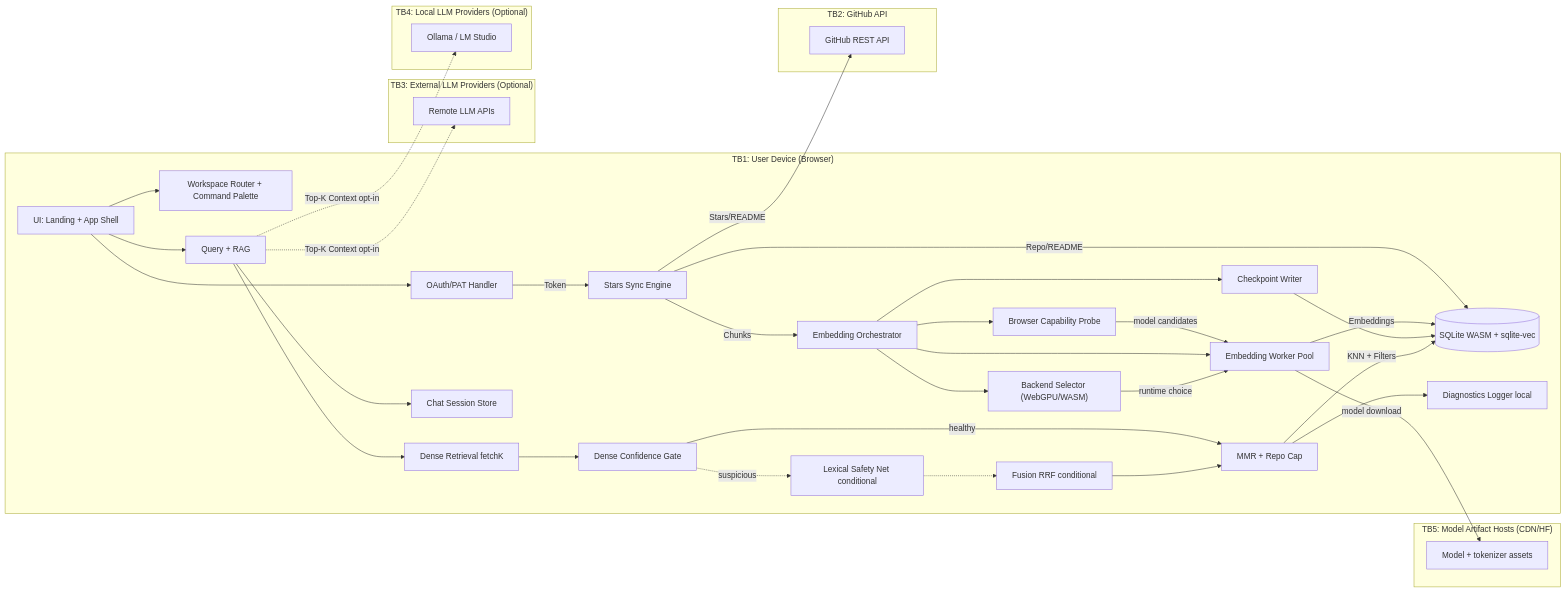
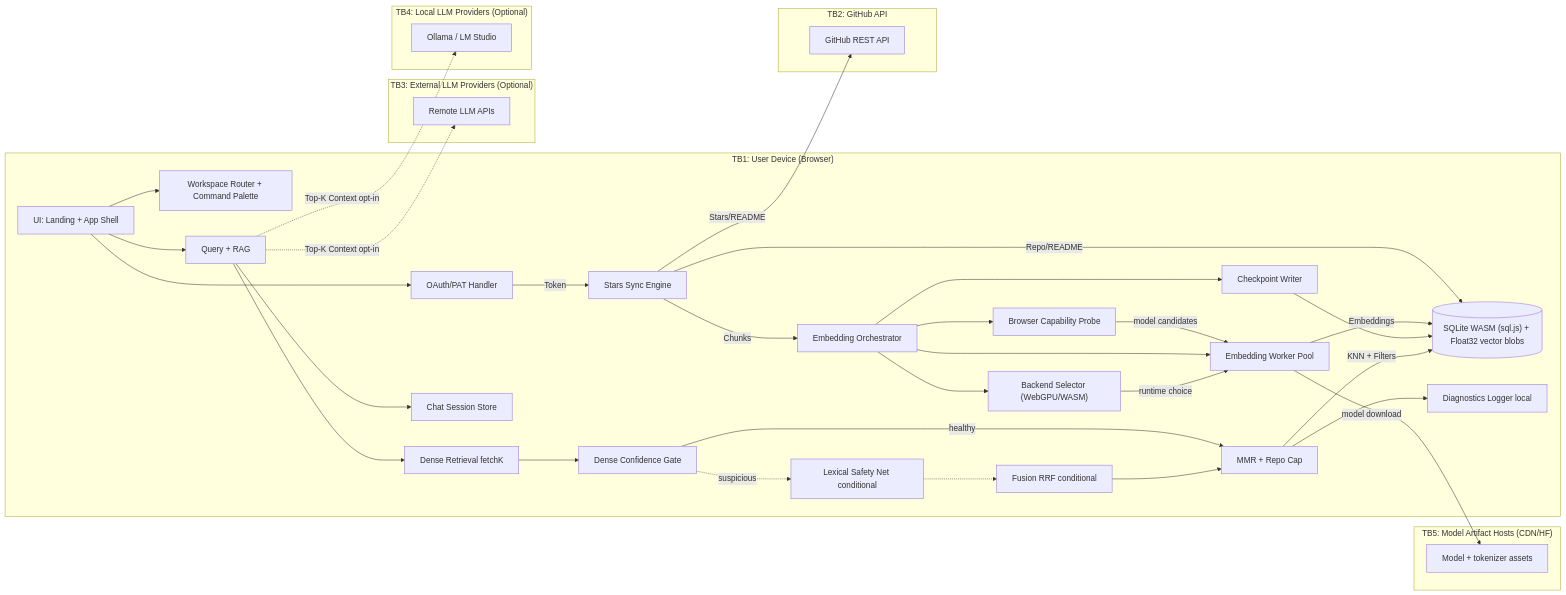
One commit to Abhinandan-Khurana/GitStarRecall changed the first of 2 diagrams in docs/dfd-diagrams.md. Above: the diagram before and after it, drawn with Mermaid. The commit also changed other lines of this file and 10 other files, not shown here.

````diff
--- a/docs/dfd-diagrams.md
+++ b/docs/dfd-diagrams.md
@@ -16,67 +17,67 @@
 ```mermaid
 flowchart LR
   subgraph TB1["TB1: User Device (Browser)"]
     UI[UI: Landing + App Shell]
     Auth[OAuth/PAT Handler]
     Shell["Workspace Router + Command Palette"]
     Sync[Stars Sync Engine]
     Orchestrator[Embedding Orchestrator]
     Pool[Embedding Worker Pool]
     CapProbe[Browser Capability Probe]
     Selector["Backend Selector (WebGPU/WASM)"]
     Checkpoint[Checkpoint Writer]
-    DB[(SQLite WASM + sqlite-vec)]
+    DB[("SQLite WASM (sql.js) + Float32 vector blobs")]
     Chat[Chat Session Store]
     Query[Query + RAG]
     Dense[Dense Retrieval fetchK]
     Gate[Dense Confidence Gate]
     Lex[Lexical Safety Net conditional]
     Fuse[Fusion RRF conditional]
     Diversify[MMR + Repo Cap]
     Diag[Diagnostics Logger local]
   end
 
   subgraph TB2["TB2: GitHub API"]
     GH[GitHub REST API]
   end
 
   subgraph TB3["TB3: External LLM Providers (Optional)"]
     LLM[Remote LLM APIs]
   end
 
   subgraph TB4["TB4: Local LLM Providers (Optional)"]
     LocalLLM[Ollama / LM Studio]
   end
 
   subgraph TB5["TB5: Model Artifact Hosts (CDN/HF)"]
     ModelCDN["Model + tokenizer assets"]
   end
 
   UI --> Auth
   UI --> Shell
   Auth -->|Token| Sync
   Sync -->|Stars/README| GH
   Sync -->|Repo/README| DB
   Sync -->|Chunks| Orchestrator
   Orchestrator --> CapProbe
   CapProbe -->|model candidates| Pool
   Orchestrator --> Selector
   Orchestrator --> Pool
   Pool -->|Embeddings| DB
   Orchestrator --> Checkpoint
   Checkpoint --> DB
   Selector -->|runtime choice| Pool
   Pool -->|model download| ModelCDN
   Query --> Dense
   Dense --> Gate
   Gate -->|healthy| Diversify
   Gate -.->|suspicious| Lex
   Lex -.-> Fuse
   Fuse --> Diversify
   Diversify -->|KNN + Filters| DB
   Diversify --> Diag
   UI --> Query
   Query --> Chat
   Query -.->|Top-K Context opt-in| LLM
   Query -.->|Top-K Context opt-in| LocalLLM
 ```
````
